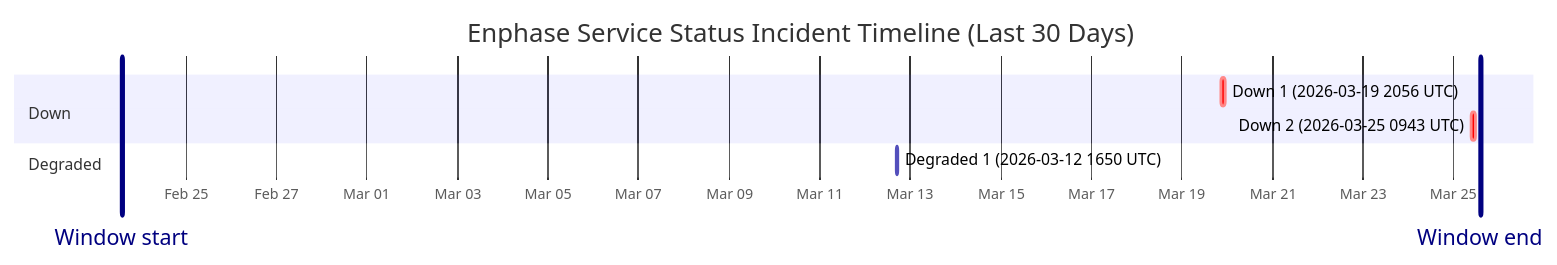
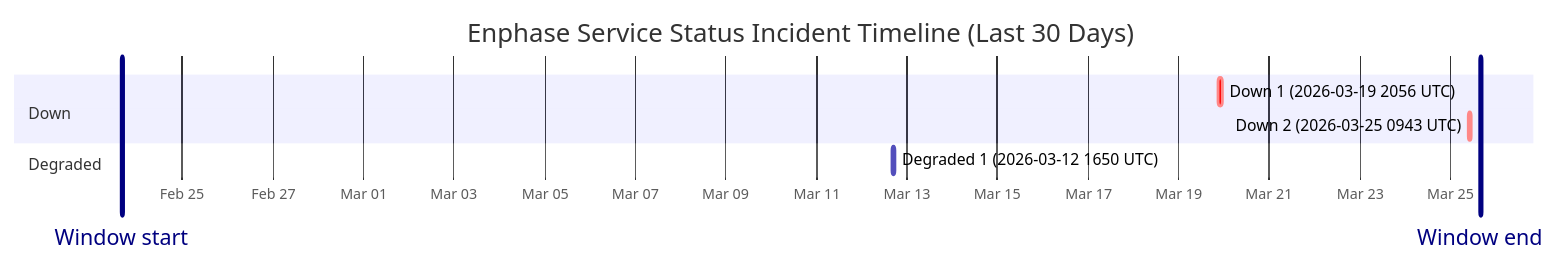
The diagram in wiki/Service-Status-History.md (barneyonline/ha-enphase-ev-charger), drawn with Mermaid before and after one commit. The commit also changed other lines of this file and 3 other files, not shown here.

````diff
--- a/wiki/Service-Status-History.md
+++ b/wiki/Service-Status-History.md
@@ -14,13 +14,13 @@
 ```mermaid
 gantt
     title Enphase Service Status Incident Timeline (Last 30 Days)
     dateFormat  YYYY-MM-DDTHH:mm:ss
     axisFormat  %b %d
-    Window start :vert, window-start, 2026-02-23T14:12:14, 0ms
-    Window end :vert, window-end, 2026-03-25T14:12:14, 0ms
+    Window start :vert, window-start, 2026-02-23T16:00:12, 0ms
+    Window end :vert, window-end, 2026-03-25T16:00:12, 0ms
     section Down
     Down 1 (2026-03-19 2056 UTC) :crit, down-1, 2026-03-19T20:56:20, 145m
     Down 2 (2026-03-25 0943 UTC) :crit, down-2, 2026-03-25T09:43:28, 111m
     section Degraded
     Degraded 1 (2026-03-12 1650 UTC) :active, degraded-1, 2026-03-12T16:50:43, 60m
 ```
````
